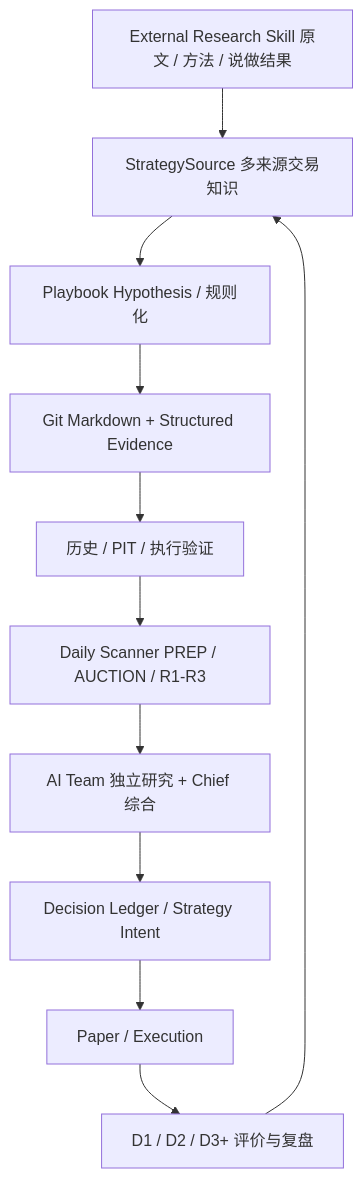
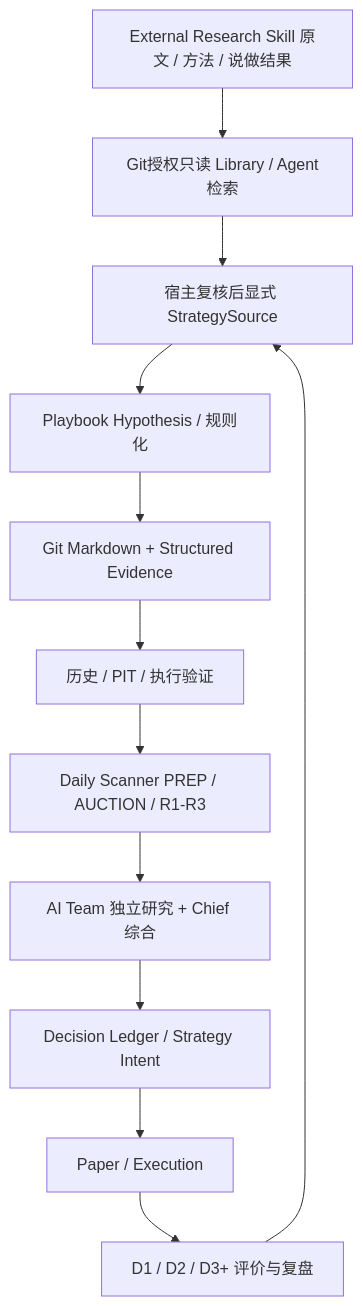
One commit to anyuzhe/niuniu changed the diagram in README.md. Above: the diagram before and after it, drawn with Mermaid. The commit also changed other lines of this file and 31 other files, not shown here.

Commit message:
feat: 接入只读Research Skill Library

````diff
--- a/README.md
+++ b/README.md
@@ -120,13 +120,14 @@
 ```mermaid
 flowchart TD
-    SKILL[External Research Skill 原文 / 方法 / 说做结果] --> SOURCE[StrategySource 多来源交易知识]
+    SKILL[External Research Skill 原文 / 方法 / 说做结果] --> LIBRARY[Git授权只读 Library / Agent检索]
+    LIBRARY --> SOURCE[宿主复核后显式 StrategySource]
     SOURCE --> PB[Playbook Hypothesis / 规则化]
     PB --> MEMORY[Git Markdown + Structured Evidence]
     MEMORY --> VERIFY[历史 / PIT / 执行验证]
     VERIFY --> SCAN[Daily Scanner PREP / AUCTION / R1-R3]
     SCAN --> TEAM[AI Team 独立研究 + Chief 综合]
     TEAM --> DECISION[Decision Ledger / Strategy Intent]
     DECISION --> EXEC[Paper / Execution]
     EXEC --> REVIEW[D1 / D2 / D3+ 评价与复盘]
     REVIEW --> SOURCE
 ```
````
